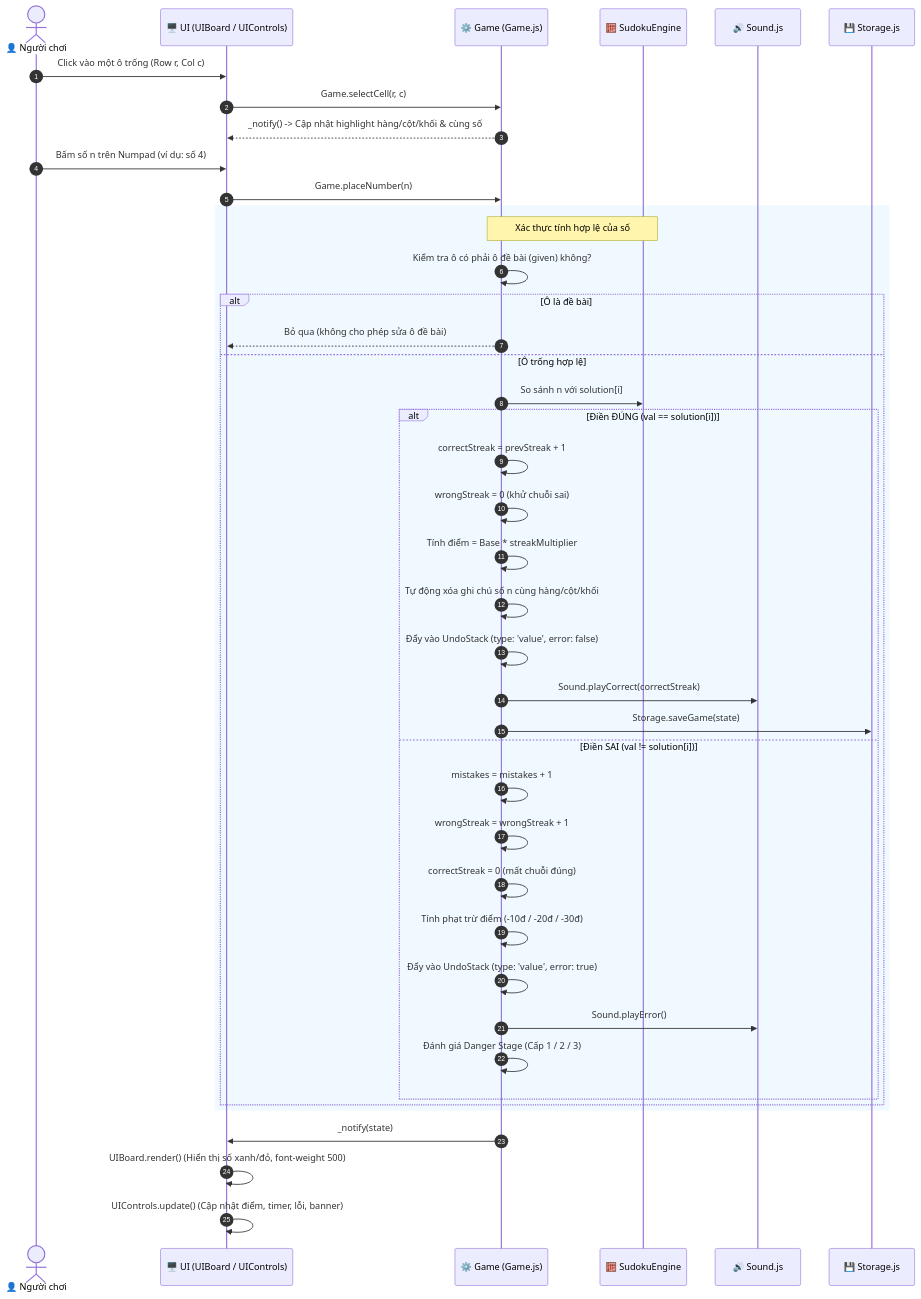
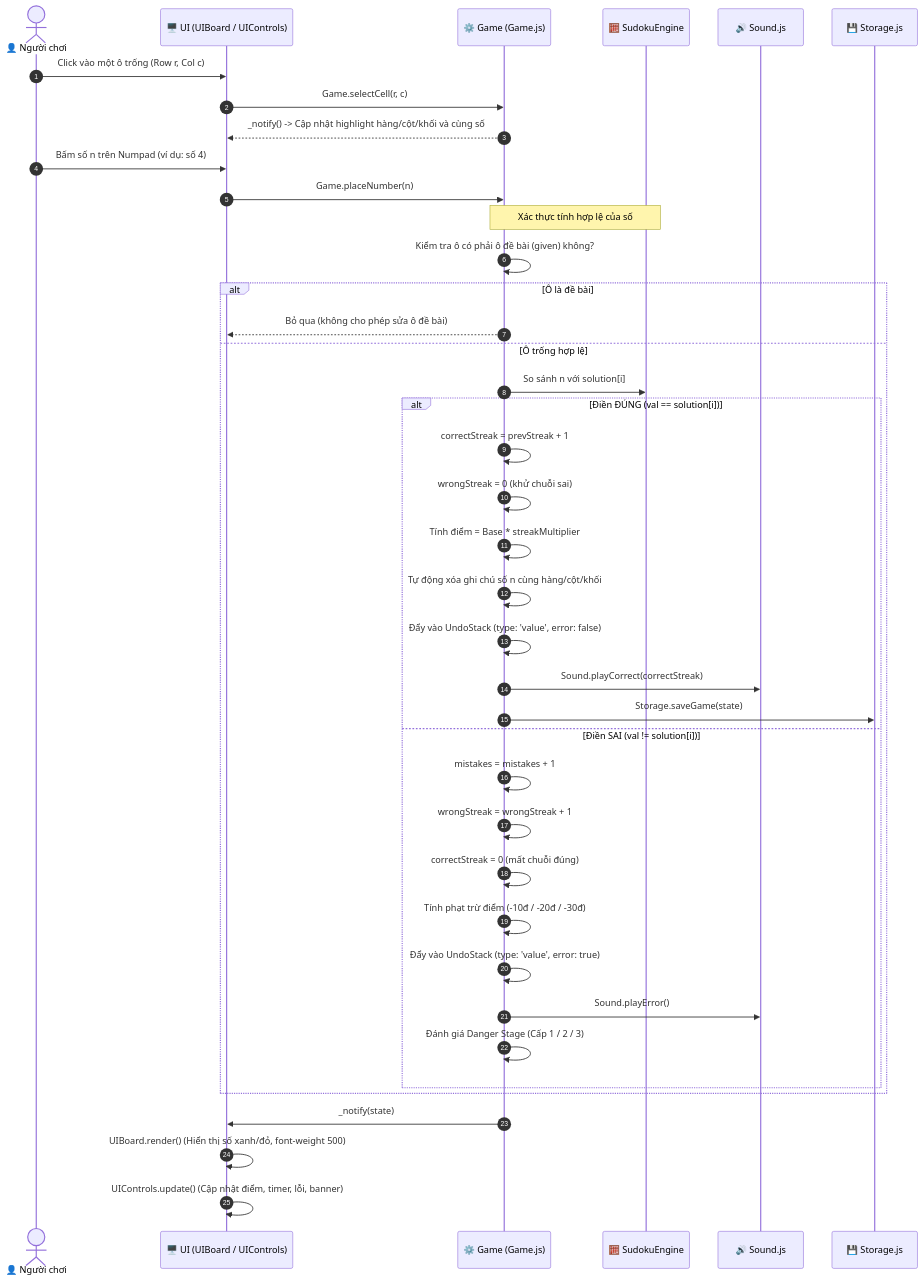
The first of 3 diagrams in docs/03_data_flow_and_sequences.md (Jhanh/Sudoku_game), drawn with Mermaid before and after one commit. The commit also changed other lines of this file and 5 other files, not shown here.

Commit message:
fix(docs): resolve Mermaid syntax errors for github

````diff
--- a/docs/03_data_flow_and_sequences.md
+++ b/docs/03_data_flow_and_sequences.md
@@ -11,49 +11,47 @@
 ```mermaid
 sequenceDiagram
     autonumber
     actor Player as 👤 Người chơi
     participant UI as 🖥️ UI (UIBoard / UIControls)
     participant Game as ⚙️ Game (Game.js)
     participant Engine as 🧮 SudokuEngine
     participant Sound as 🔊 Sound.js
     participant Storage as 💾 Storage.js
 
     Player->>UI: Click vào một ô trống (Row r, Col c)
     UI->>Game: Game.selectCell(r, c)
-    Game-->>UI: _notify() -> Cập nhật highlight hàng/cột/khối & cùng số
+    Game-->>UI: _notify() -> Cập nhật highlight hàng/cột/khối và cùng số
 
     Player->>UI: Bấm số n trên Numpad (ví dụ: số 4)
     UI->>Game: Game.placeNumber(n)
     
-    rect rgb(240, 249, 255)
-        Note over Game, Engine: Xác thực tính hợp lệ của số
-        Game->>Game: Kiểm tra ô có phải ô đề bài (given) không?
-        alt Ô là đề bài
-            Game-->>UI: Bỏ qua (không cho phép sửa ô đề bài)
-        else Ô trống hợp lệ
-            Game->>Engine: So sánh n với solution[i]
-            
-            alt Điền ĐÚNG (val == solution[i])
-                Game->>Game: correctStreak = prevStreak + 1
-                Game->>Game: wrongStreak = 0 (khử chuỗi sai)
-                Game->>Game: Tính điểm = Base * streakMultiplier
-                Game->>Game: Tự động xóa ghi chú số n cùng hàng/cột/khối
-                Game->>Game: Đẩy vào UndoStack (type: 'value', error: false)
-                Game->>Sound: Sound.playCorrect(correctStreak)
-                Game->>Storage: Storage.saveGame(state)
-            else Điền SAI (val != solution[i])
-                Game->>Game: mistakes = mistakes + 1
-                Game->>Game: wrongStreak = wrongStreak + 1
-                Game->>Game: correctStreak = 0 (mất chuỗi đúng)
-                Game->>Game: Tính phạt trừ điểm (-10đ / -20đ / -30đ)
-                Game->>Game: Đẩy vào UndoStack (type: 'value', error: true)
-                Game->>Sound: Sound.playError()
-                Game->>Game: Đánh giá Danger Stage (Cấp 1 / 2 / 3)
-            end
+    Note over Game, Engine: Xác thực tính hợp lệ của số
+    Game->>Game: Kiểm tra ô có phải ô đề bài (given) không?
+    alt Ô là đề bài
+        Game-->>UI: Bỏ qua (không cho phép sửa ô đề bài)
+    else Ô trống hợp lệ
+        Game->>Engine: So sánh n với solution[i]
+        
+        alt Điền ĐÚNG (val == solution[i])
+            Game->>Game: correctStreak = prevStreak + 1
+            Game->>Game: wrongStreak = 0 (khử chuỗi sai)
+            Game->>Game: Tính điểm = Base * streakMultiplier
+            Game->>Game: Tự động xóa ghi chú số n cùng hàng/cột/khối
+            Game->>Game: Đẩy vào UndoStack (type: 'value', error: false)
+            Game->>Sound: Sound.playCorrect(correctStreak)
+            Game->>Storage: Storage.saveGame(state)
+        else Điền SAI (val != solution[i])
+            Game->>Game: mistakes = mistakes + 1
+            Game->>Game: wrongStreak = wrongStreak + 1
+            Game->>Game: correctStreak = 0 (mất chuỗi đúng)
+            Game->>Game: Tính phạt trừ điểm (-10đ / -20đ / -30đ)
+            Game->>Game: Đẩy vào UndoStack (type: 'value', error: true)
+            Game->>Sound: Sound.playError()
+            Game->>Game: Đánh giá Danger Stage (Cấp 1 / 2 / 3)
         end
     end
 
     Game->>UI: _notify(state)
     UI->>UI: UIBoard.render() (Hiển thị số xanh/đỏ, font-weight 500)
     UI->>UI: UIControls.update() (Cập nhật điểm, timer, lỗi, banner)
 ```
````
